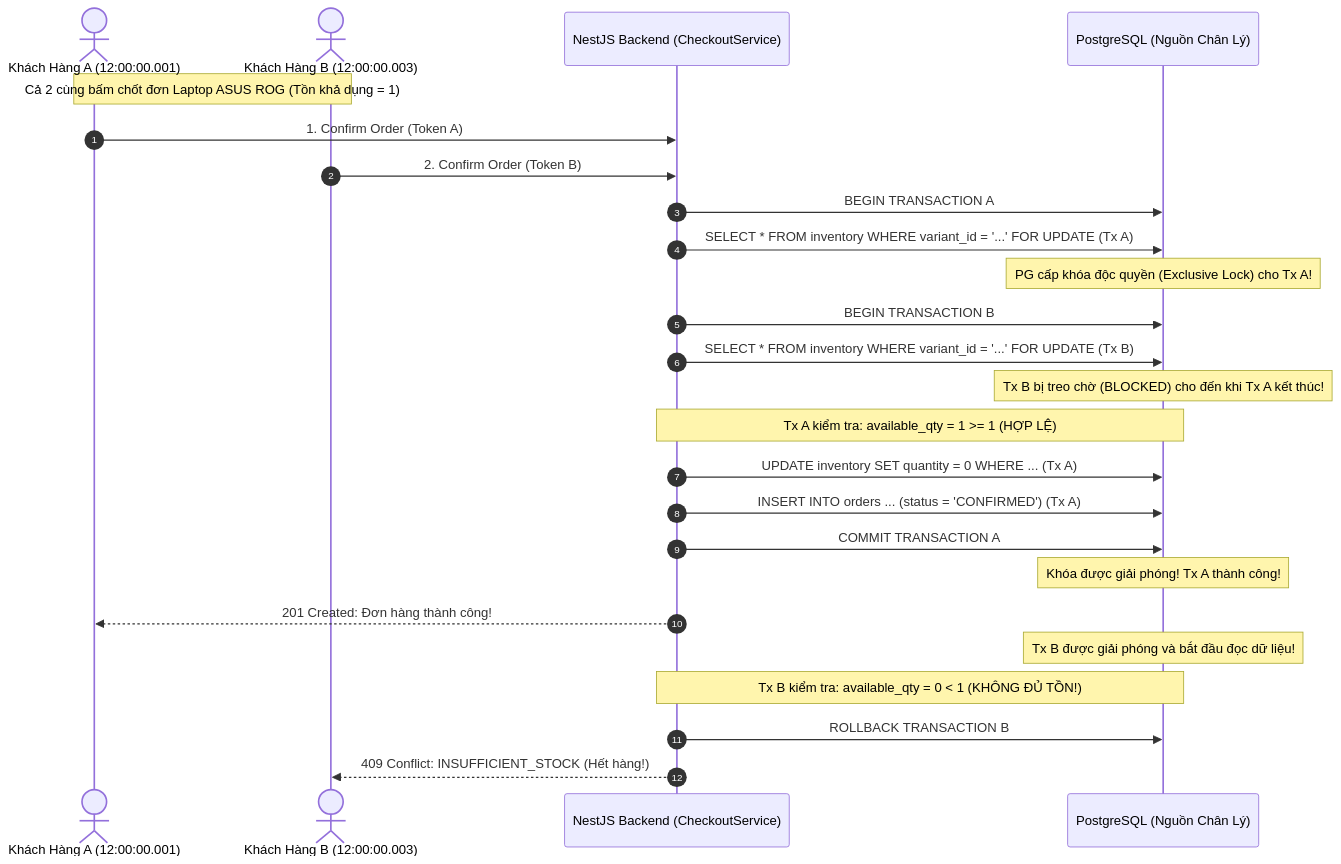
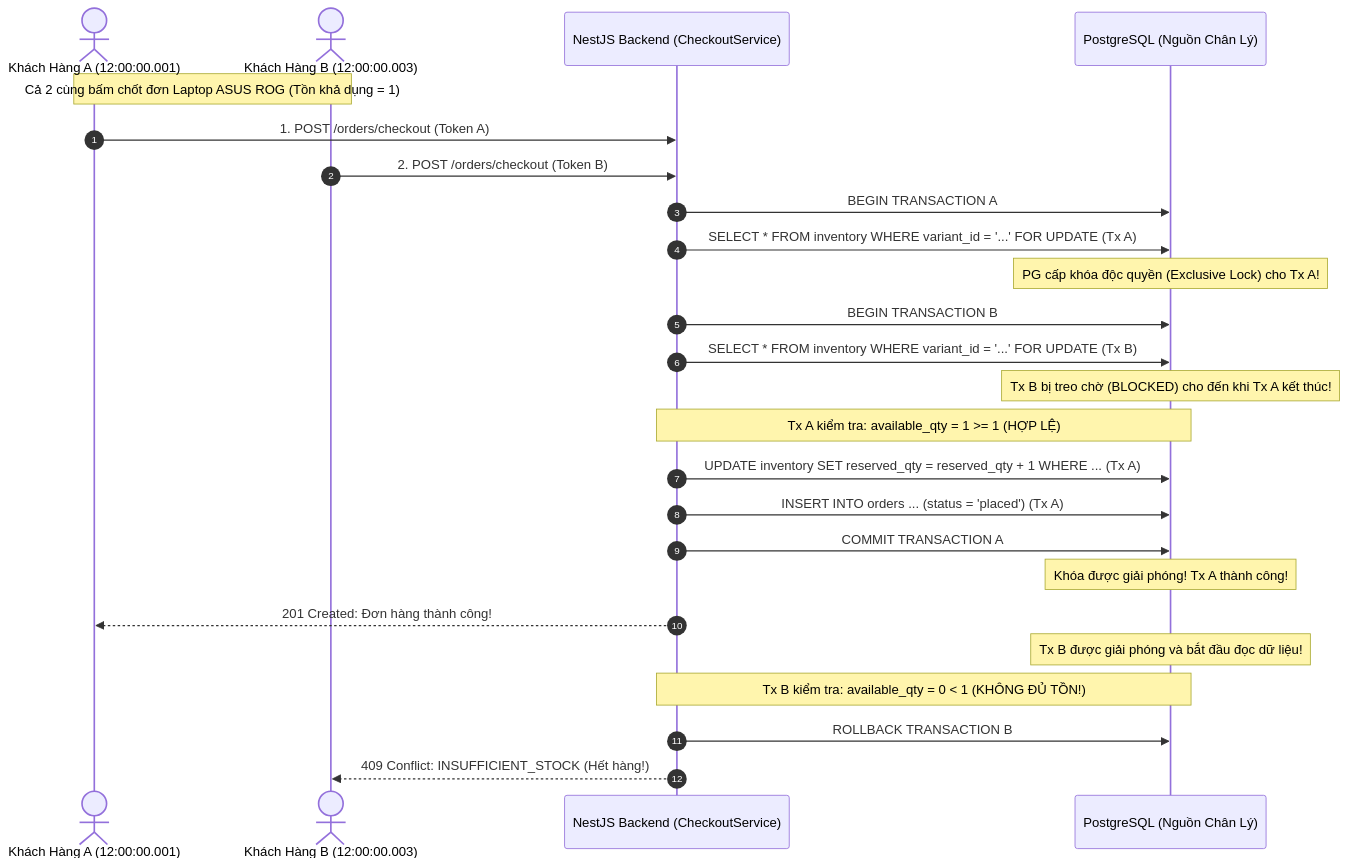
Before and after one commit to duonyyy/RetailMind-AI-: the diagram in enterprise-docs/docs/05-backend/03-TRANSACTION_AND_CONCURRENCY.md, drawn with Mermaid. The commit also changed other lines of this file and 33 other files, not shown here.

````diff
--- a/enterprise-docs/docs/05-backend/03-TRANSACTION_AND_CONCURRENCY.md
+++ b/enterprise-docs/docs/05-backend/03-TRANSACTION_AND_CONCURRENCY.md
@@ -23,33 +23,33 @@
 ```mermaid
 sequenceDiagram
     autonumber
     actor UserA as Khách Hàng A (12:00:00.001)
     actor UserB as Khách Hàng B (12:00:00.003)
     participant Nest as NestJS Backend (CheckoutService)
     participant PG as PostgreSQL (Nguồn Chân Lý)
 
     Note over UserA,UserB: Cả 2 cùng bấm chốt đơn Laptop ASUS ROG (Tồn khả dụng = 1)
 
-    UserA->>Nest: 1. Confirm Order (Token A)
-    UserB->>Nest: 2. Confirm Order (Token B)
+    UserA->>Nest: 1. POST /orders/checkout (Token A)
+    UserB->>Nest: 2. POST /orders/checkout (Token B)
 
     Nest->>PG: BEGIN TRANSACTION A
     Nest->>PG: SELECT * FROM inventory WHERE variant_id = '...' FOR UPDATE (Tx A)
     Note over PG: PG cấp khóa độc quyền (Exclusive Lock) cho Tx A!
 
     Nest->>PG: BEGIN TRANSACTION B
     Nest->>PG: SELECT * FROM inventory WHERE variant_id = '...' FOR UPDATE (Tx B)
     Note over PG: Tx B bị treo chờ (BLOCKED) cho đến khi Tx A kết thúc!
 
     Note over Nest,PG: Tx A kiểm tra: available_qty = 1 >= 1 (HỢP LỆ)
-    Nest->>PG: UPDATE inventory SET quantity = 0 WHERE ... (Tx A)
-    Nest->>PG: INSERT INTO orders ... (status = 'CONFIRMED') (Tx A)
+    Nest->>PG: UPDATE inventory SET reserved_qty = reserved_qty + 1 WHERE ... (Tx A)
+    Nest->>PG: INSERT INTO orders ... (status = 'placed') (Tx A)
     Nest->>PG: COMMIT TRANSACTION A
     Note over PG: Khóa được giải phóng! Tx A thành công!
     Nest-->>UserA: 201 Created: Đơn hàng thành công!
 
     Note over PG: Tx B được giải phóng và bắt đầu đọc dữ liệu!
     Note over Nest,PG: Tx B kiểm tra: available_qty = 0 < 1 (KHÔNG ĐỦ TỒN!)
     Nest->>PG: ROLLBACK TRANSACTION B
     Nest-->>UserB: 409 Conflict: INSUFFICIENT_STOCK (Hết hàng!)
 ```
````
